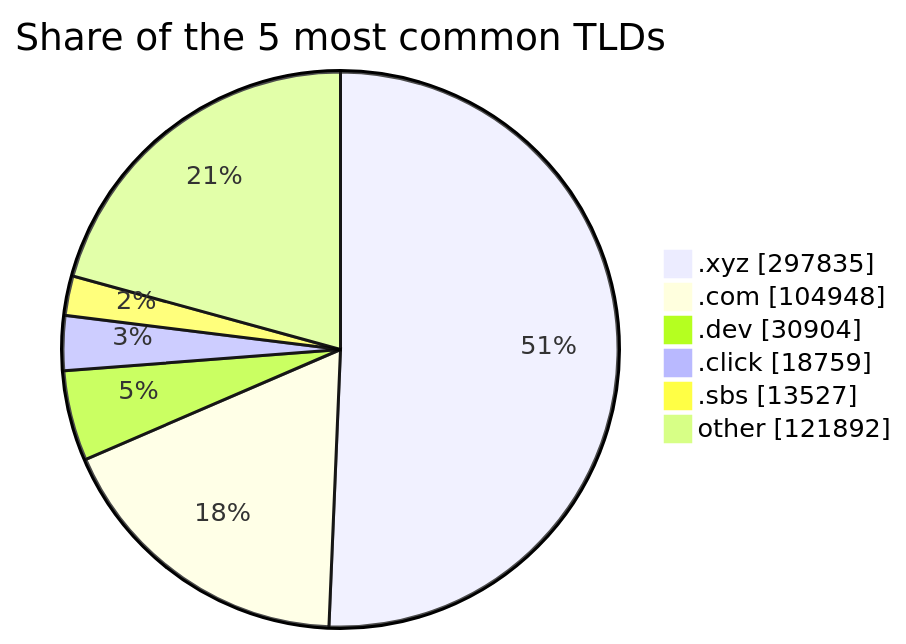
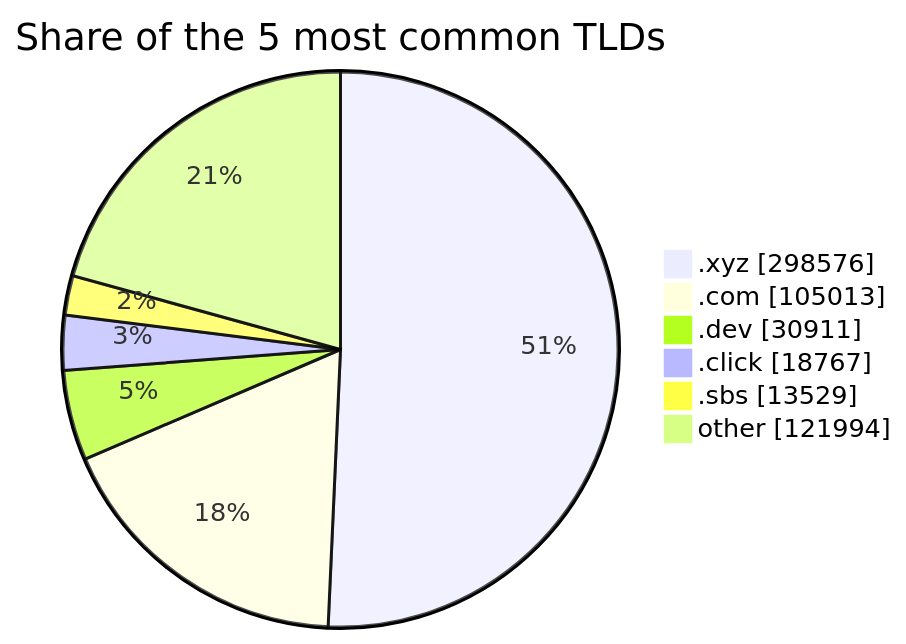
One commit to DNSBunker/CTI changed the third of 3 diagrams in README.md. Above: the diagram before and after it, drawn with Mermaid. The commit also changed other lines of this file and 3 other files, not shown here.

````diff
--- a/README.md
+++ b/README.md
@@ -81,9 +81,9 @@
 ```mermaid
 pie showData title Share of the 5 most common TLDs
-    ".xyz" : 297835
-    ".com" : 104948
-    ".dev" : 30904
-    ".click" : 18759
-    ".sbs" : 13527
-    "other" : 121892
+    ".xyz" : 298576
+    ".com" : 105013
+    ".dev" : 30911
+    ".click" : 18767
+    ".sbs" : 13529
+    "other" : 121994
 ```
````
